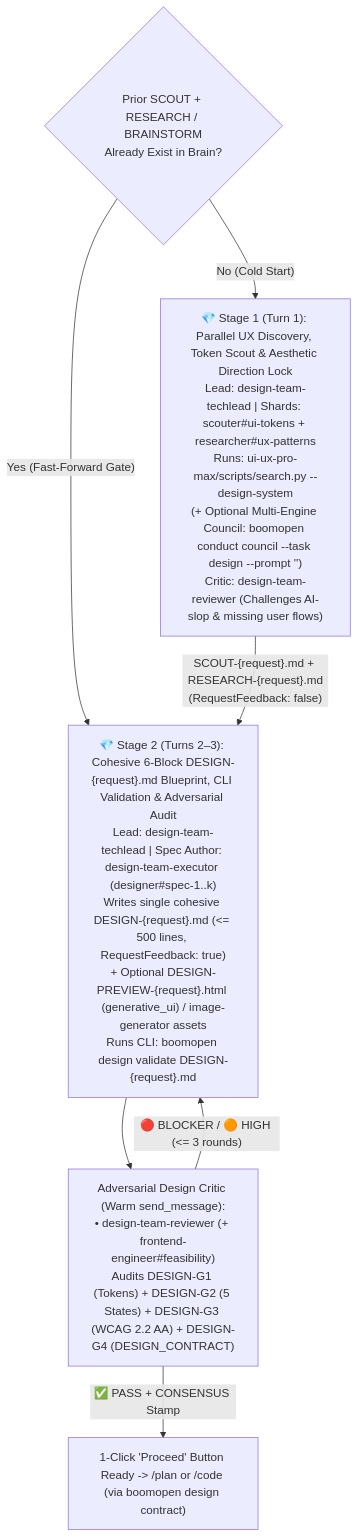
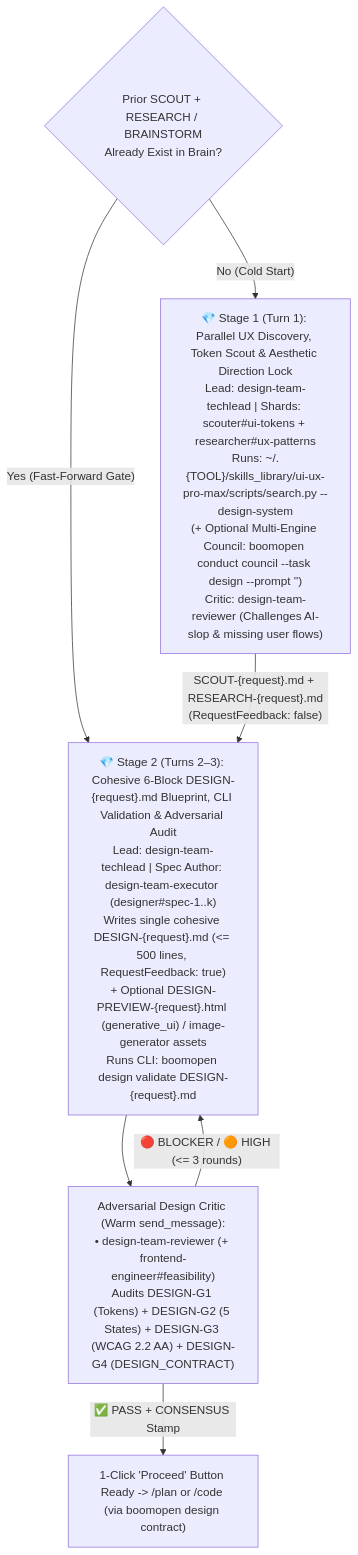
One commit to Kennyboom/BoomOpen-Workflow-Kit-Pro changed the diagram in agents/teams/design-team/_team.md. Above: the diagram before and after it, drawn with Mermaid. The commit also changed 14 other files, not shown here.

Commit message:
fix(scripts,skills): exclude template archives on repo-root scans & normalize design script paths

````diff
--- a/agents/teams/design-team/_team.md
+++ b/agents/teams/design-team/_team.md
@@ -43,10 +43,10 @@
 ```mermaid
 flowchart TD
     G0{"Prior SCOUT + RESEARCH / BRAINSTORM<br/>Already Exist in Brain?"}
     G0 -->|"Yes (Fast-Forward Gate)"| S2
-    G0 -->|"No (Cold Start)"| S1["💎 Stage 1 (Turn 1): Parallel UX Discovery, Token Scout & Aesthetic Direction Lock<br/>Lead: design-team-techlead | Shards: scouter#ui-tokens + researcher#ux-patterns<br/>Runs: ui-ux-pro-max/scripts/search.py --design-system<br/>(+ Optional Multi-Engine Council: boomopen conduct council --task design --prompt '<design-context>')<br/>Critic: design-team-reviewer (Challenges AI-slop & missing user flows)"]
+    G0 -->|"No (Cold Start)"| S1["💎 Stage 1 (Turn 1): Parallel UX Discovery, Token Scout & Aesthetic Direction Lock<br/>Lead: design-team-techlead | Shards: scouter#ui-tokens + researcher#ux-patterns<br/>Runs: ~/.{TOOL}/skills_library/ui-ux-pro-max/scripts/search.py --design-system<br/>(+ Optional Multi-Engine Council: boomopen conduct council --task design --prompt '<design-context>')<br/>Critic: design-team-reviewer (Challenges AI-slop & missing user flows)"]
     S1 -->|"SCOUT-{request}.md + RESEARCH-{request}.md<br/>(RequestFeedback: false)"| S2["💎 Stage 2 (Turns 2–3): Cohesive 6-Block DESIGN-{request}.md Blueprint, CLI Validation & Adversarial Audit<br/>Lead: design-team-techlead | Spec Author: design-team-executor (designer#spec-1..k)<br/>Writes single cohesive DESIGN-{request}.md (<= 500 lines, RequestFeedback: true)<br/>+ Optional DESIGN-PREVIEW-{request}.html (generative_ui) / image-generator assets<br/>Runs CLI: boomopen design validate DESIGN-{request}.md"]
     S2 --> C2["Adversarial Design Critic (Warm send_message):<br/>• design-team-reviewer (+ frontend-engineer#feasibility)<br/>Audits DESIGN-G1 (Tokens) + DESIGN-G2 (5 States) + DESIGN-G3 (WCAG 2.2 AA) + DESIGN-G4 (DESIGN_CONTRACT)"]
     C2 -->|"🔴 BLOCKER / 🟠 HIGH (<= 3 rounds)"| S2
     C2 -->|"✅ PASS + CONSENSUS Stamp"| OUT["1-Click 'Proceed' Button Ready -> /plan or /code (via boomopen design contract)"]
 ```
````
